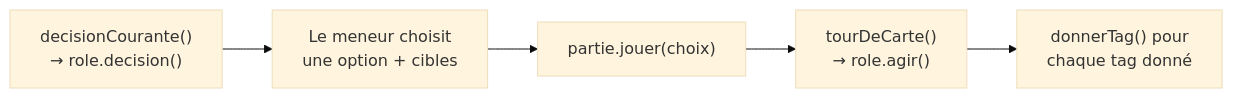
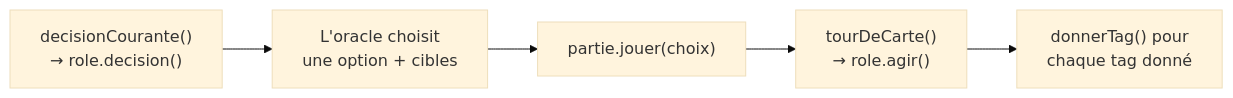
One commit to Electric-Waffle/loup-garou changed the first of 2 diagrams in docs/cas-particulier.md. Above: the diagram before and after it, drawn with Mermaid (base theme). The commit also changed other lines of this file and 58 other files, not shown here.

````diff
--- a/docs/cas-particulier.md
+++ b/docs/cas-particulier.md
@@ -69,7 +69,7 @@
 ```mermaid
 flowchart LR
-    A["decisionCourante()<br/>→ role.decision()"] --> B["Le meneur choisit<br/>une option + cibles"]
+    A["decisionCourante()<br/>→ role.decision()"] --> B["L'oracle choisit<br/>une option + cibles"]
     B --> C["partie.jouer(choix)"]
     C --> D["tourDeCarte()<br/>→ role.agir()"]
     D --> E["donnerTag() pour<br/>chaque tag donné"]
 ```
````
